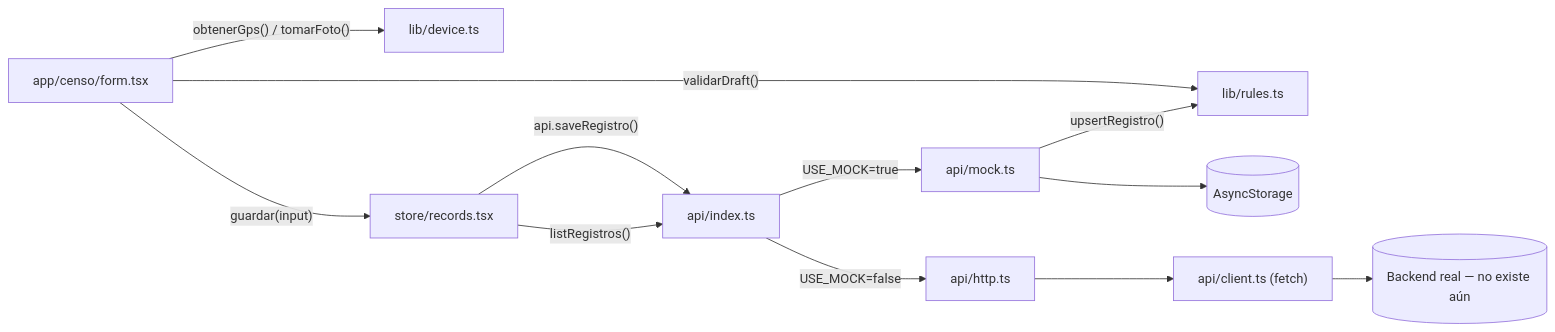
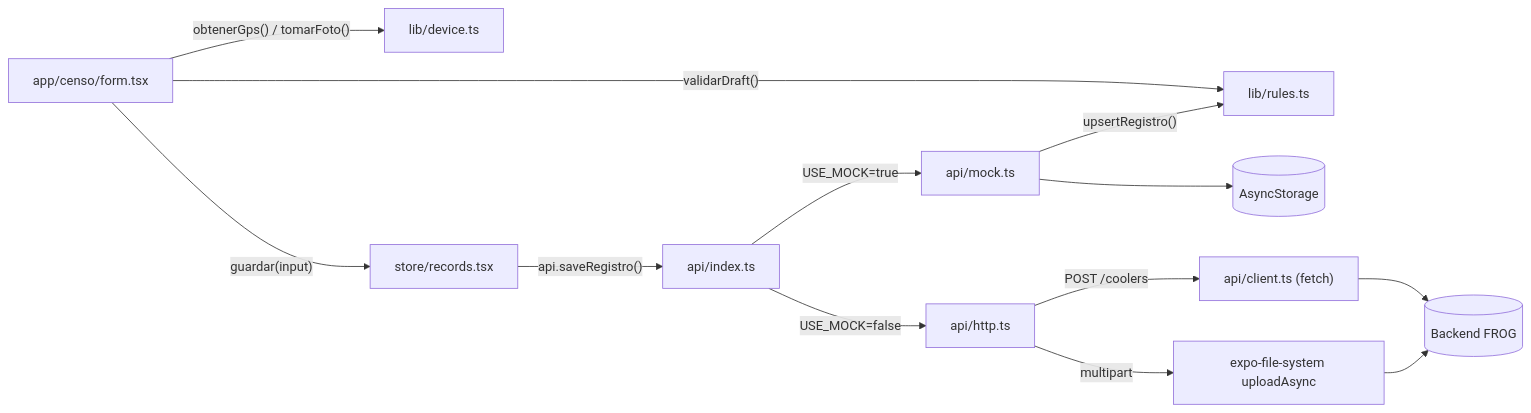
One commit to YaxOFF/CensoCoolerAAOCSA_REACT changed the diagram in docs/02-ARQUITECTURA.md. Above: the diagram before and after it, drawn with Mermaid. The commit also changed other lines of this file and 16 other files, not shown here.

````diff
--- a/docs/02-ARQUITECTURA.md
+++ b/docs/02-ARQUITECTURA.md
@@ -66,14 +72,15 @@
 ```mermaid
 flowchart LR
     UI["app/censo/form.tsx"] -->|"validarDraft()"| Rules["lib/rules.ts"]
     UI -->|"obtenerGps() / tomarFoto()"| Device["lib/device.ts"]
     UI -->|"guardar(input)"| RecordsStore["store/records.tsx"]
     RecordsStore -->|"api.saveRegistro()"| ApiIndex["api/index.ts"]
     ApiIndex -->|USE_MOCK=true| Mock["api/mock.ts"]
     ApiIndex -->|USE_MOCK=false| Http["api/http.ts"]
     Mock -->|"upsertRegistro()"| Rules
     Mock --> AsyncStorage[("AsyncStorage")]
-    Http --> Client["api/client.ts (fetch)"]
-    Client --> Backend[("Backend real — no existe aún")]
-    RecordsStore -->|"listRegistros()"| ApiIndex
+    Http -->|"POST /coolers"| Client["api/client.ts (fetch)"]
+    Http -->|"multipart"| Upload["expo-file-system uploadAsync"]
+    Client --> Backend[("Backend FROG")]
+    Upload --> Backend
 ```
````
